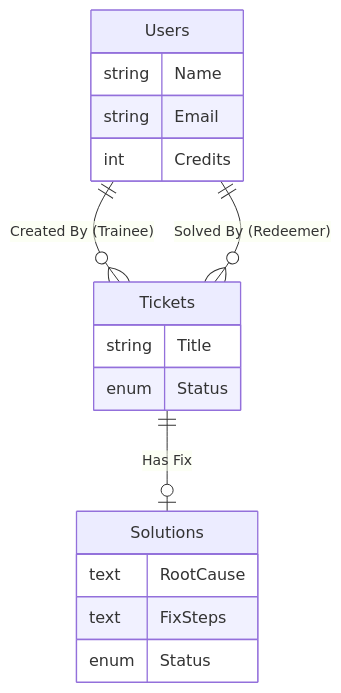
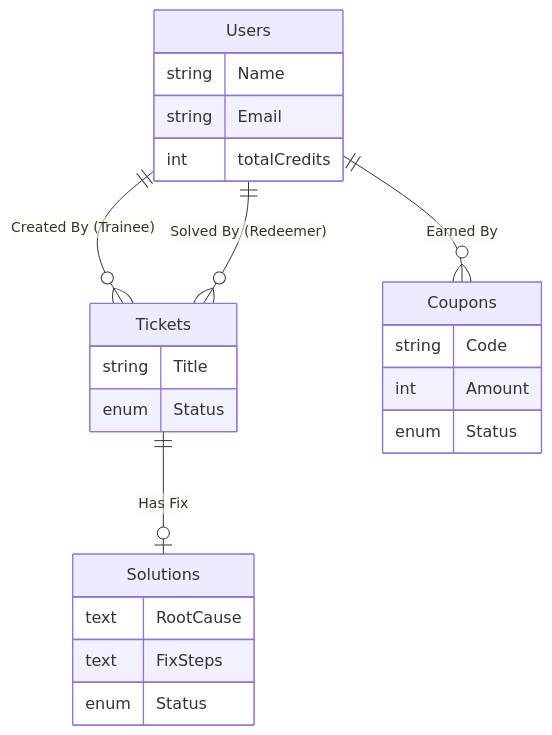
Before and after one commit to viralisarvadhi/knowledge-backend-: the first of 2 diagrams in document/DB_SCHEMA.md, drawn with Mermaid. The commit also changed other lines of this file and 3 other files, not shown here.

````diff
--- a/document/DB_SCHEMA.md
+++ b/document/DB_SCHEMA.md
@@ -26,21 +27,27 @@
 ```mermaid
 erDiagram
     Users ||--o{ Tickets : "Created By (Trainee)"
     Users ||--o{ Tickets : "Solved By (Redeemer)"
+    Users ||--o{ Coupons : "Earned By"
     Tickets ||--o| Solutions : "Has Fix"
     
     Users {
         string Name
         string Email
-        int Credits
+        int totalCredits
     }
     Tickets {
         string Title
         enum Status
     }
     Solutions {
         text RootCause
         text FixSteps
         enum Status
     }
+    Coupons {
+        string Code
+        int Amount
+        enum Status
+    }
 ```
````
